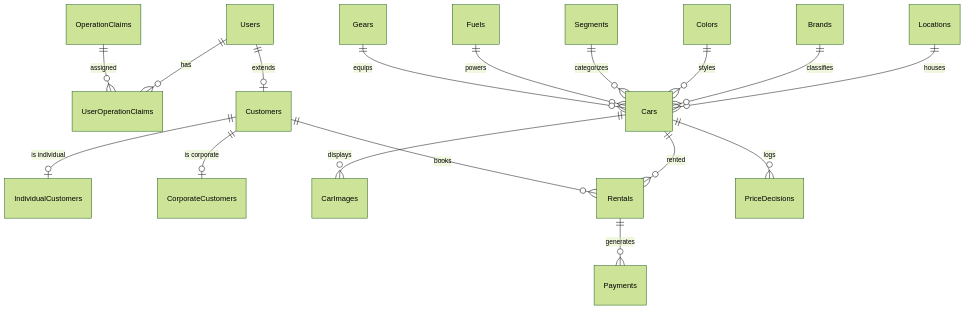
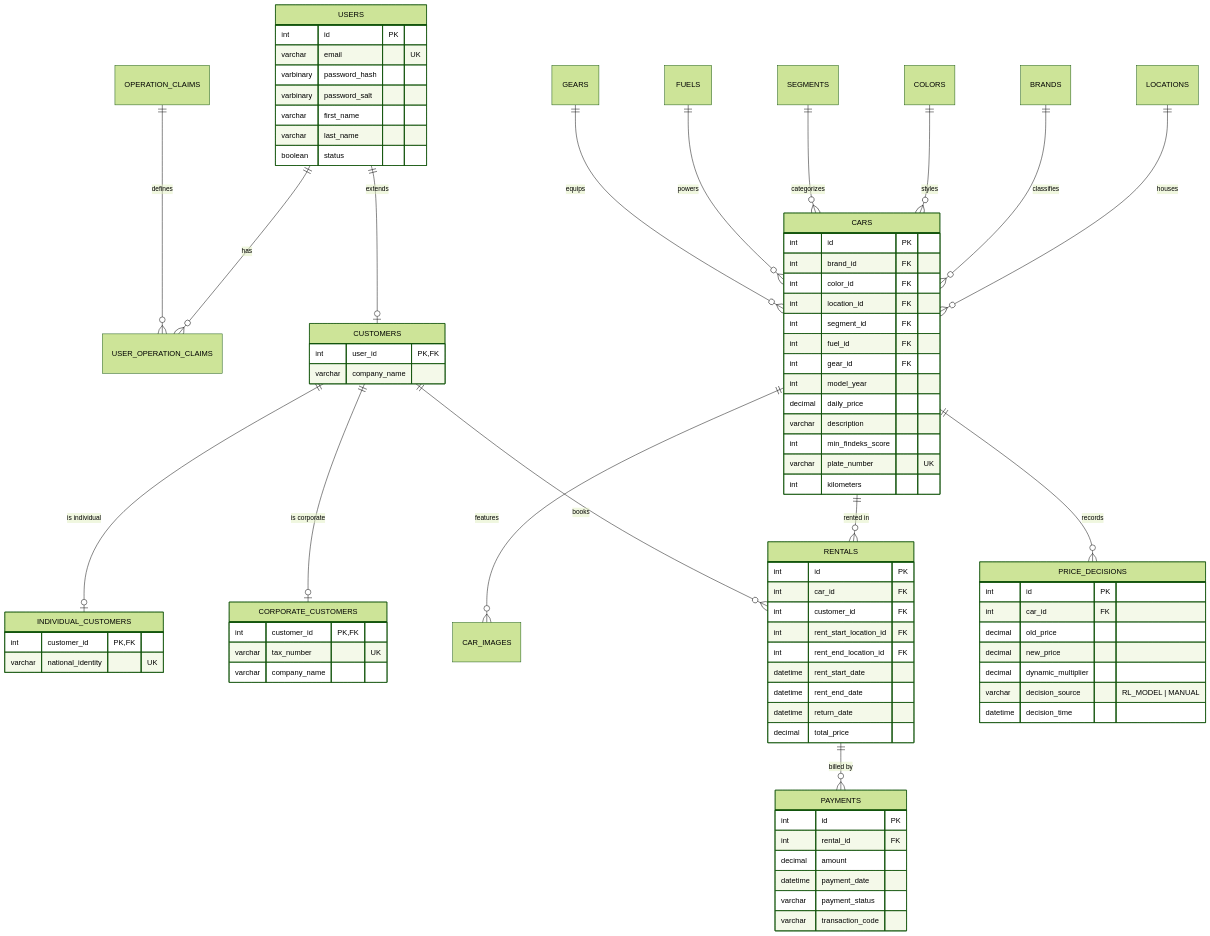
The second of 2 diagrams in README.md (kamiltuncok/CarProject), drawn with Mermaid (forest theme) before and after one commit. The commit also changed other lines of this file, not shown here.

Commit message:
readme diagram added

````diff
--- a/README.md
+++ b/README.md
@@ -184,21 +216,94 @@
 ```mermaid
 erDiagram
-    Users ||--o{ UserOperationClaims : has
-    OperationClaims ||--o{ UserOperationClaims : assigned
-    Users ||--o| Customers : extends
-    Customers ||--o| IndividualCustomers : "is individual"
-    Customers ||--o| CorporateCustomers : "is corporate"
-    
-    Locations ||--o{ Cars : houses
-    Brands ||--o{ Cars : classifies
-    Colors ||--o{ Cars : styles
-    Segments ||--o{ Cars : categorizes
-    Fuels ||--o{ Cars : powers
-    Gears ||--o{ Cars : equips
-    Cars ||--o{ CarImages : displays
-    
-    Cars ||--o{ Rentals : rented
-    Customers ||--o{ Rentals : books
-    Rentals ||--o{ Payments : generates
-    Cars ||--o{ PriceDecisions : logs
+    USERS ||--o{ USER_OPERATION_CLAIMS : "has"
+    OPERATION_CLAIMS ||--o{ USER_OPERATION_CLAIMS : "defines"
+    USERS ||--o| CUSTOMERS : "extends"
+    CUSTOMERS ||--o| INDIVIDUAL_CUSTOMERS : "is individual"
+    CUSTOMERS ||--o| CORPORATE_CUSTOMERS : "is corporate"
+
+    USERS {
+        int id PK
+        varchar email "UK"
+        varbinary password_hash
+        varbinary password_salt
+        varchar first_name
+        varchar last_name
+        boolean status
+    }
+
+    CUSTOMERS {
+        int user_id PK,FK
+        varchar company_name
+    }
+
+    INDIVIDUAL_CUSTOMERS {
+        int customer_id PK,FK
+        varchar national_identity "UK"
+    }
+
+    CORPORATE_CUSTOMERS {
+        int customer_id PK,FK
+        varchar tax_number "UK"
+        varchar company_name
+    }
+
+    LOCATIONS ||--o{ CARS : "houses"
+    BRANDS ||--o{ CARS : "classifies"
+    COLORS ||--o{ CARS : "styles"
+    SEGMENTS ||--o{ CARS : "categorizes"
+    FUELS ||--o{ CARS : "powers"
+    GEARS ||--o{ CARS : "equips"
+    CARS ||--o{ CAR_IMAGES : "features"
+
+    CARS {
+        int id PK
+        int brand_id FK
+        int color_id FK
+        int location_id FK
+        int segment_id FK
+        int fuel_id FK
+        int gear_id FK
+        int model_year
+        decimal daily_price
+        varchar description
+        int min_findeks_score
+        varchar plate_number "UK"
+        int kilometers
+    }
+
+    CARS ||--o{ RENTALS : "rented in"
+    CUSTOMERS ||--o{ RENTALS : "books"
+    RENTALS ||--o{ PAYMENTS : "billed by"
+    CARS ||--o{ PRICE_DECISIONS : "records"
+
+    RENTALS {
+        int id PK
+        int car_id FK
+        int customer_id FK
+        int rent_start_location_id FK
+        int rent_end_location_id FK
+        datetime rent_start_date
+        datetime rent_end_date
+        datetime return_date
+        decimal total_price
+    }
+
+    PAYMENTS {
+        int id PK
+        int rental_id FK
+        decimal amount
+        datetime payment_date
+        varchar payment_status
+        varchar transaction_code
+    }
+
+    PRICE_DECISIONS {
+        int id PK
+        int car_id FK
+        decimal old_price
+        decimal new_price
+        decimal dynamic_multiplier
+        varchar decision_source "RL_MODEL | MANUAL"
+        datetime decision_time
+    }
 ```
````
